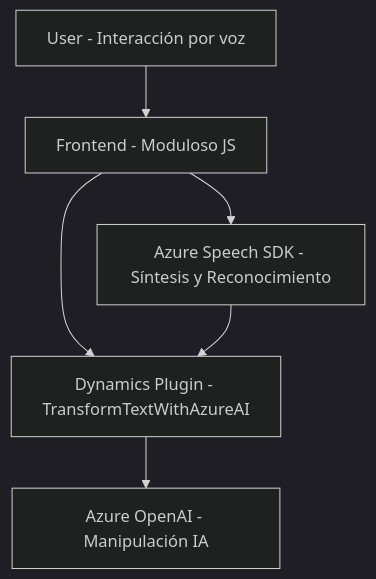
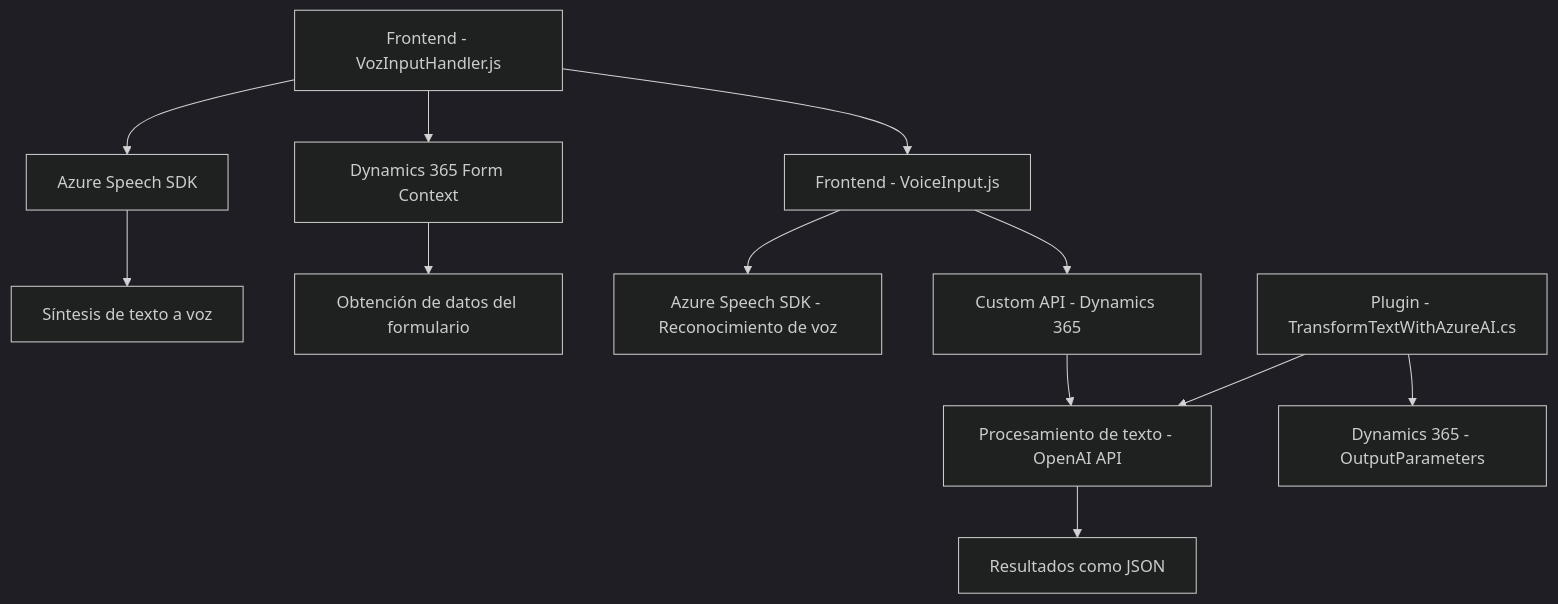
Before and after one commit to blopezdm/NETCORE_BILBAO2025: the diagram in README.md, drawn with Mermaid (dark theme). The commit also changed other lines of this file, not shown here.

````diff
--- a/README.md
+++ b/README.md
@@ -40,14 +29,14 @@
 ```mermaid
 graph TD
-    A["User - Interacción por voz"]
-    B["Frontend - Moduloso JS"]
-    C["Azure Speech SDK - Síntesis y Reconocimiento"]
-    D["Dynamics Plugin - TransformTextWithAzureAI"]
-    E["Azure OpenAI - Manipulación IA"]
-
-    A --> B
-    B --> C
-    B --> D
-    D --> E
-    C --> D
+    A["Frontend - VozInputHandler.js"] --> B["Azure Speech SDK"]
+    A --> C["Dynamics 365 Form Context"]
+    B --> D["Síntesis de texto a voz"]
+    C --> E["Obtención de datos del formulario"]
+    A --> F["Frontend - VoiceInput.js"]
+    F --> G["Azure Speech SDK - Reconocimiento de voz"]
+    F --> H["Custom API - Dynamics 365"]
+    H --> I["Procesamiento de texto - OpenAI API"]
+    I --> J["Resultados como JSON"]
+    K["Plugin - TransformTextWithAzureAI.cs"] --> I
+    K --> L["Dynamics 365 - OutputParameters"]
 ```
````
